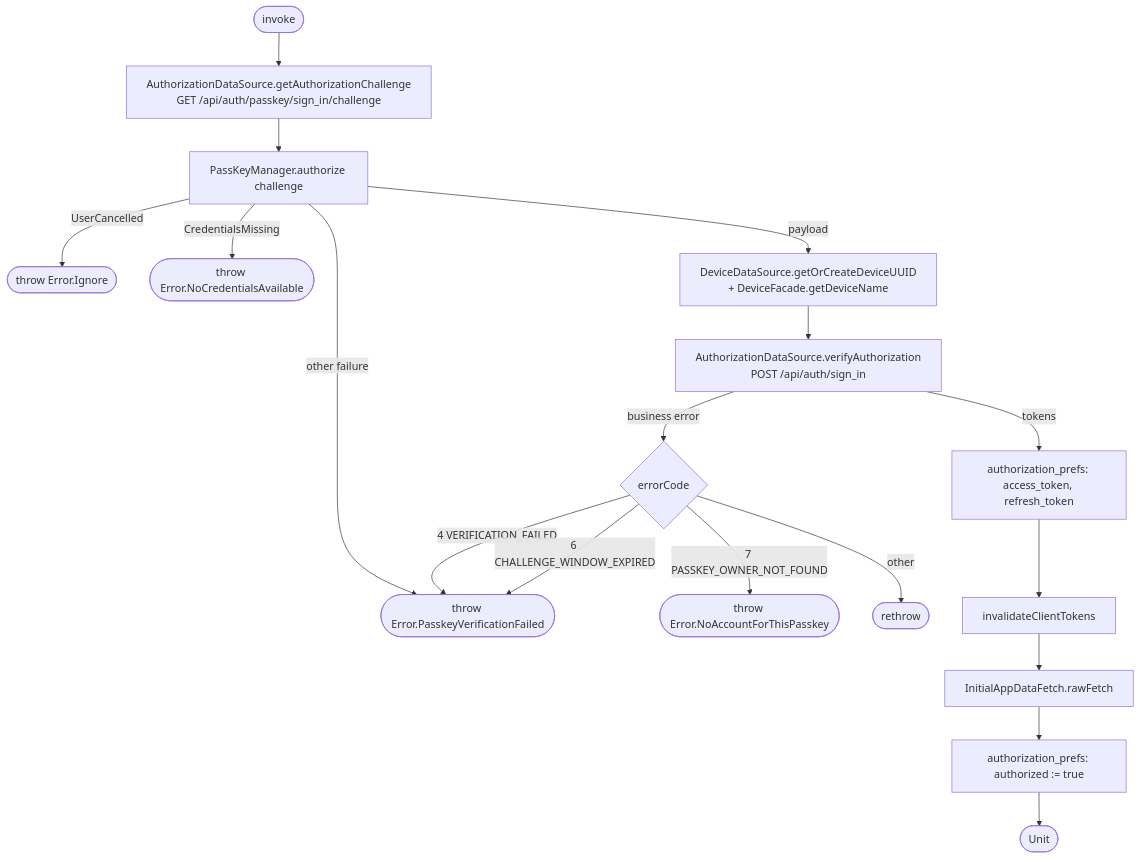
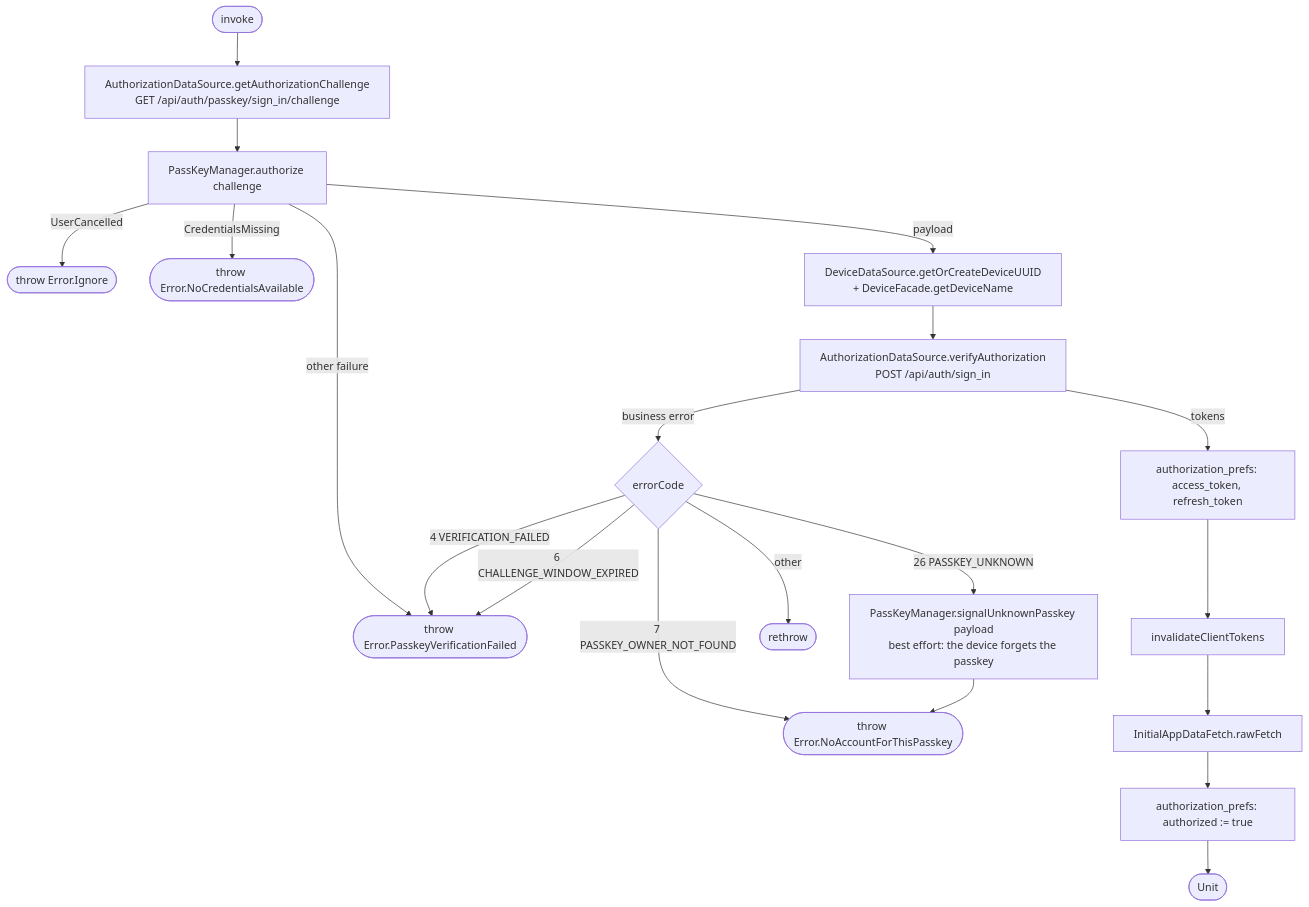
One commit to nocturneproperties/bookkme-client changed the diagram in docs/operations/authorization/sign-in.md. Above: the diagram before and after it, drawn with Mermaid. The commit also changed other lines of this file and 27 other files, not shown here.

````diff
--- a/docs/operations/authorization/sign-in.md
+++ b/docs/operations/authorization/sign-in.md
@@ -11,20 +11,22 @@
 ```mermaid
 flowchart TD
     Start([invoke]) --> Ch[AuthorizationDataSource.getAuthorizationChallenge<br/>GET /api/auth/passkey/sign_in/challenge]
     Ch --> PK[PassKeyManager.authorize challenge]
     PK -- UserCancelled --> Ign([throw Error.Ignore])
     PK -- CredentialsMissing --> E1([throw Error.NoCredentialsAvailable])
     PK -- other failure --> E2([throw Error.PasskeyVerificationFailed])
     PK -- payload --> Dev[DeviceDataSource.getOrCreateDeviceUUID<br/>+ DeviceFacade.getDeviceName]
     Dev --> Ver[AuthorizationDataSource.verifyAuthorization<br/>POST /api/auth/sign_in]
     Ver -- business error --> C{errorCode}
     C -- 7 PASSKEY_OWNER_NOT_FOUND --> E3([throw Error.NoAccountForThisPasskey])
+    C -- 26 PASSKEY_UNKNOWN --> Forget[PassKeyManager.signalUnknownPasskey payload<br/>best effort: the device forgets the passkey]
+    Forget --> E3
     C -- 4 VERIFICATION_FAILED --> E2
     C -- 6 CHALLENGE_WINDOW_EXPIRED --> E2
     C -- other --> EX([rethrow])
     Ver -- tokens --> Save[authorization_prefs: access_token, refresh_token]
     Save --> Inv[invalidateClientTokens]
     Inv --> Fetch[InitialAppDataFetch.rawFetch]
     Fetch --> Auth[authorization_prefs: authorized := true]
     Auth --> R([Unit])
 ```
````
